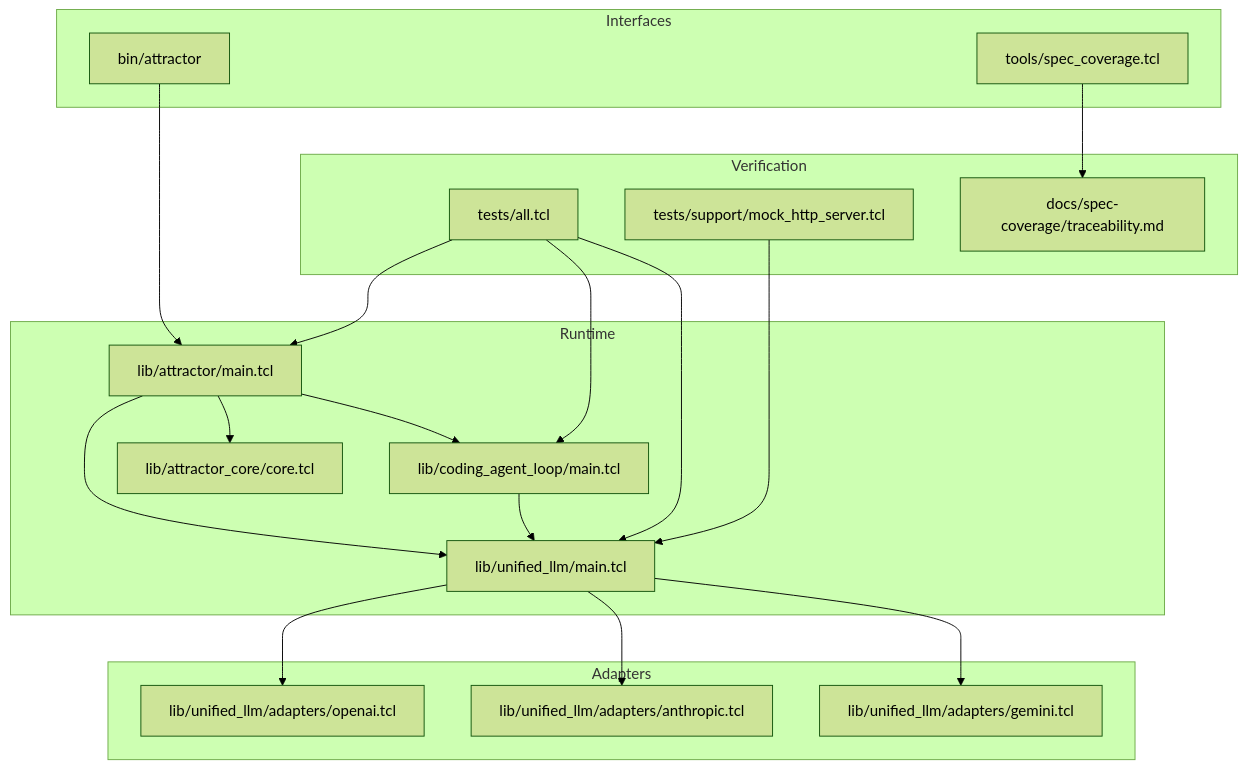
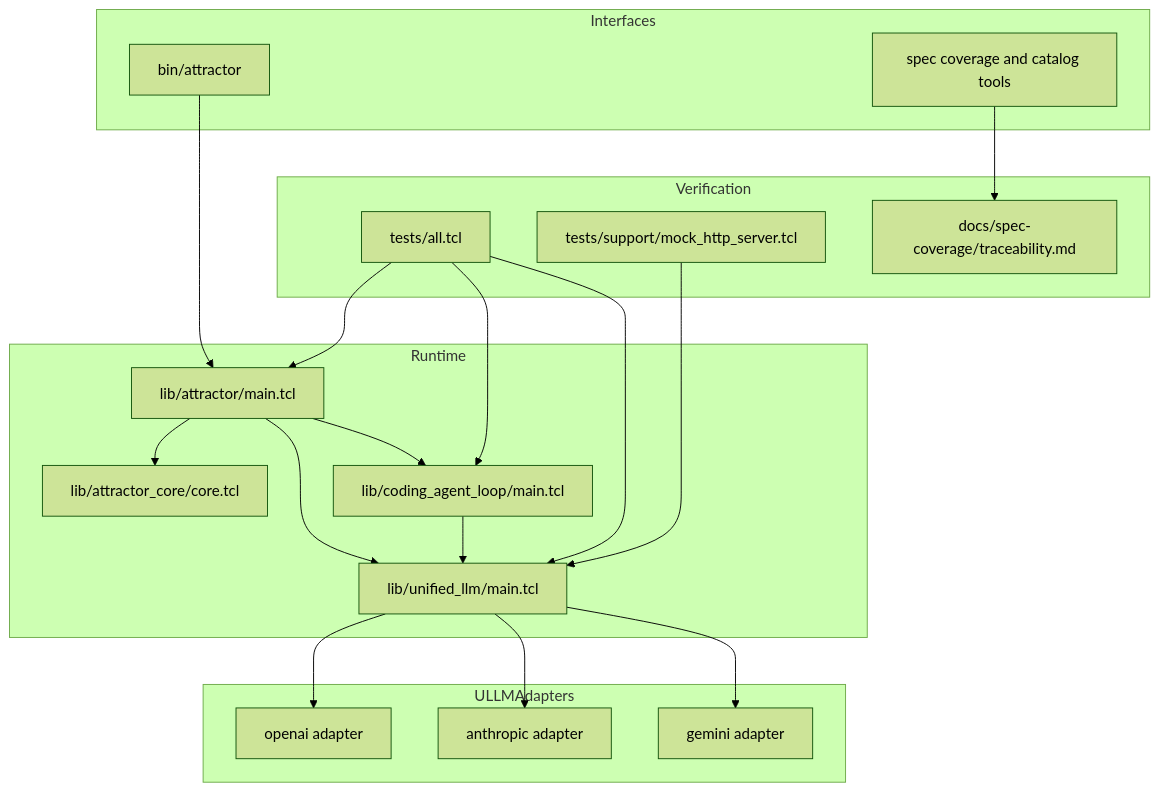
One commit to jaytaylor/attractor-tcl changed the fifth of 5 diagrams in docs/sprints/SPRINT-003-close-spec-parity-tcl.md. Above: the diagram before and after it, drawn with Mermaid (forest theme). The commit also changed other lines of this file, not shown here.

Commit message:
docs: sync sprint 003 close-spec plan to verified completion

````diff
--- a/docs/sprints/SPRINT-003-close-spec-parity-tcl.md
+++ b/docs/sprints/SPRINT-003-close-spec-parity-tcl.md
@@ -786,40 +1469,40 @@
 ```mermaid
 flowchart TB
   subgraph Interfaces
     CLI[bin/attractor]
-    TOOLS[tools/spec_coverage.tcl]
+    TOOLS[spec coverage and catalog tools]
   end
 
   subgraph Runtime
     ATR[lib/attractor/main.tcl]
+    CORE[lib/attractor_core/core.tcl]
     CAL[lib/coding_agent_loop/main.tcl]
     ULLM[lib/unified_llm/main.tcl]
-    CORE[lib/attractor_core/core.tcl]
   end
 
-  subgraph Adapters
-    OA[lib/unified_llm/adapters/openai.tcl]
-    AN[lib/unified_llm/adapters/anthropic.tcl]
-    GM[lib/unified_llm/adapters/gemini.tcl]
+  subgraph ULLMAdapters
+    OA[openai adapter]
+    AN[anthropic adapter]
+    GM[gemini adapter]
   end
 
   subgraph Verification
     TESTSUITE[tests/all.tcl]
     MOCK[tests/support/mock_http_server.tcl]
-    TRACE[docs/spec-coverage/traceability.md]
+    TRACEFILE[docs/spec-coverage/traceability.md]
   end
 
   CLI --> ATR
+  ATR --> CORE
   ATR --> CAL
   ATR --> ULLM
-  ATR --> CORE
   CAL --> ULLM
   ULLM --> OA
   ULLM --> AN
   ULLM --> GM
   TESTSUITE --> ATR
   TESTSUITE --> CAL
   TESTSUITE --> ULLM
   MOCK --> ULLM
-  TOOLS --> TRACE
+  TOOLS --> TRACEFILE
 ```
````
